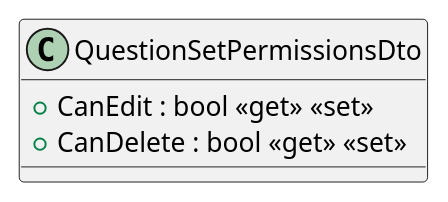
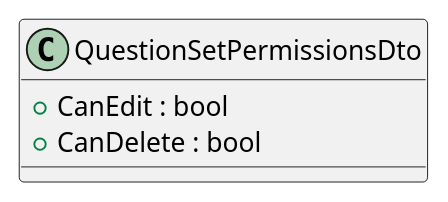
Before and after one commit to thanhkhac/AIQuizzizz-Backend: the diagram in document/questionset/Dtos/QuestionSetPermissionsDto.puml, drawn with PlantUML. The commit also changed 12 other files, not shown here.

First line of the commit message:
Refactor PlantUML class diagrams for consistency

```diff
--- a/document/questionset/Dtos/QuestionSetPermissionsDto.puml
+++ b/document/questionset/Dtos/QuestionSetPermissionsDto.puml
@@ -1,6 +1,6 @@
 @startuml
 class QuestionSetPermissionsDto {
-    + CanEdit : bool <<get>> <<set>>
-    + CanDelete : bool <<get>> <<set>>
+    + CanEdit : bool 
+    + CanDelete : bool 
 }
 @enduml
```
